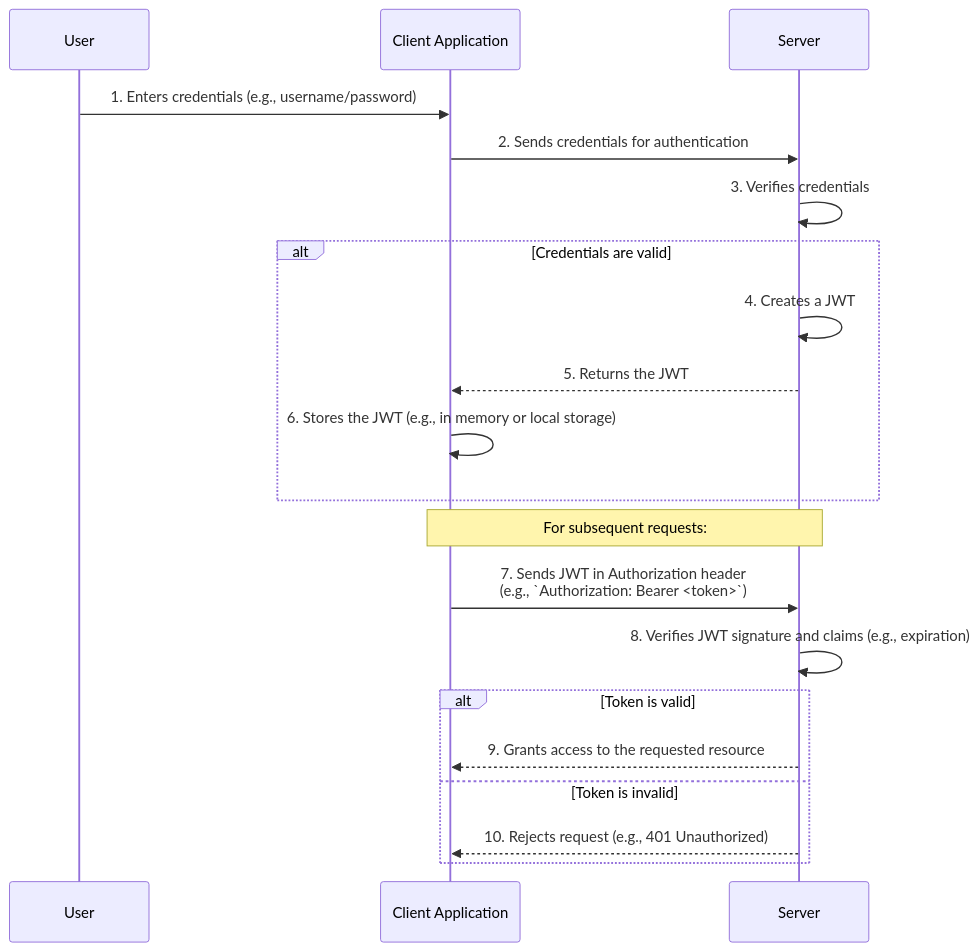
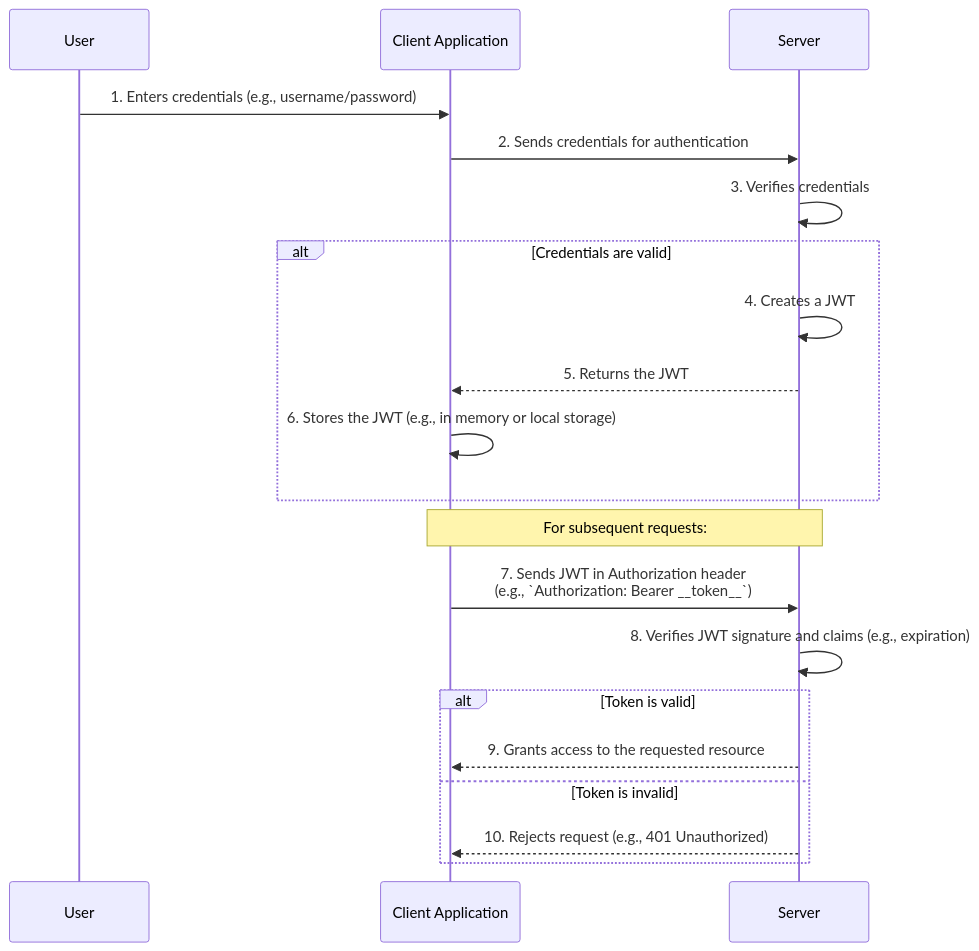
Before and after one commit to bmeurant/technical-docs: the diagram in software-architecture/security/jwt.md, drawn with Mermaid. The commit also changed other lines of this file and 7 other files, not shown here.

Commit message:
fix(software-architecture): fix JWT diagram

````diff
--- a/software-architecture/security/jwt.md
+++ b/software-architecture/security/jwt.md
@@ -71,25 +71,25 @@
 ```mermaid
 sequenceDiagram
     participant User
     participant ClientApp as Client Application
     participant Server
 
     User->>ClientApp: 1. Enters credentials (e.g., username/password)
     ClientApp->>Server: 2. Sends credentials for authentication
     Server->>Server: 3. Verifies credentials
     alt Credentials are valid
         Server->>Server: 4. Creates a JWT
         Server-->>ClientApp: 5. Returns the JWT
         ClientApp->>ClientApp: 6. Stores the JWT (e.g., in memory or local storage)
     end
 
     Note over ClientApp, Server: For subsequent requests:
 
-    ClientApp->>Server: 7. Sends JWT in Authorization header<br>(e.g., `Authorization: Bearer <token>`)
+    ClientApp->>Server: 7. Sends JWT in Authorization header<br>(e.g., `Authorization: Bearer __token__`)
     Server->>Server: 8. Verifies JWT signature and claims (e.g., expiration)
     alt Token is valid
         Server-->>ClientApp: 9. Grants access to the requested resource
     else Token is invalid
         Server-->>ClientApp: 10. Rejects request (e.g., 401 Unauthorized)
     end
 ```
````
